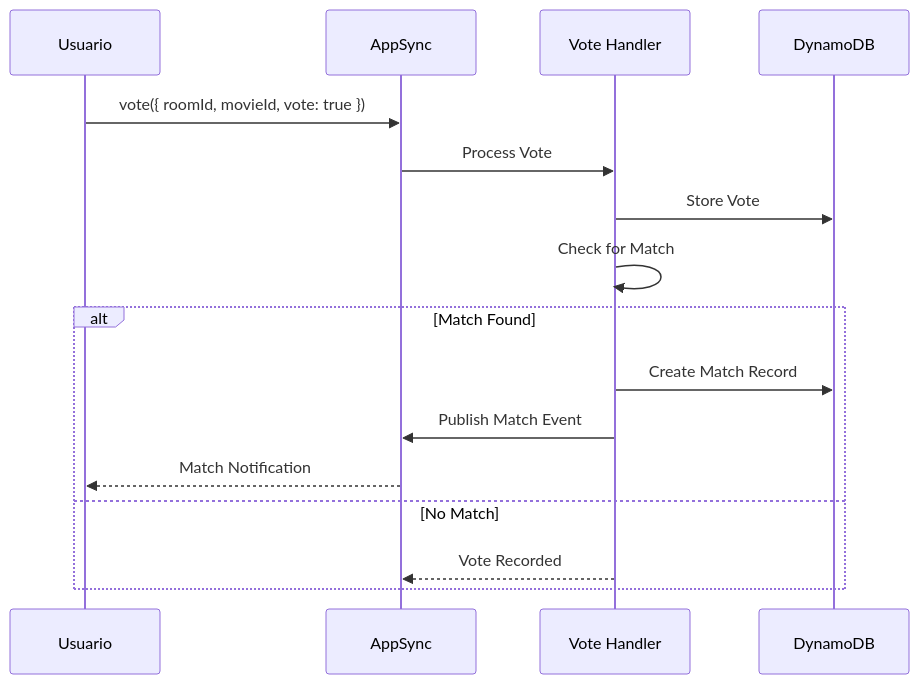
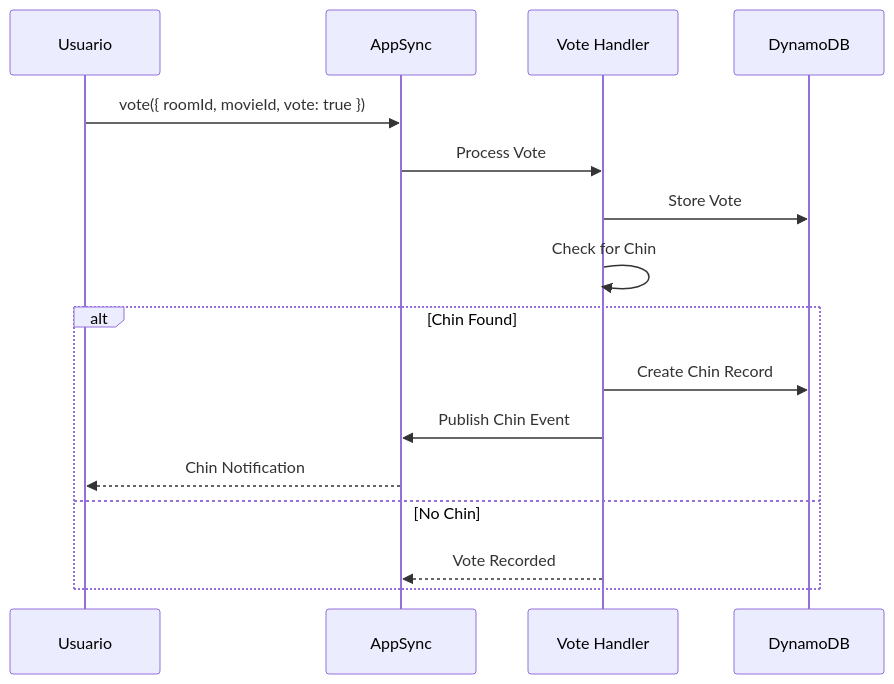
The third of 4 diagrams in docs/technical/04-lambda-functions.md (ibanezbetes/trinity-movie-voting), drawn with Mermaid before and after one commit. The commit also changed other lines of this file and 54 other files, not shown here.

````diff
--- a/docs/technical/04-lambda-functions.md
+++ b/docs/technical/04-lambda-functions.md
@@ -292,19 +292,19 @@
 ```mermaid
 sequenceDiagram
     participant U as Usuario
     participant A as AppSync
     participant V as Vote Handler
     participant D as DynamoDB
 
     U->>A: vote({ roomId, movieId, vote: true })
     A->>V: Process Vote
     V->>D: Store Vote
-    V->>V: Check for Match
-    alt Match Found
-        V->>D: Create Match Record
-        V->>A: Publish Match Event
-        A-->>U: Match Notification
-    else No Match
+    V->>V: Check for Chin
+    alt Chin Found
+        V->>D: Create Chin Record
+        V->>A: Publish Chin Event
+        A-->>U: Chin Notification
+    else No Chin
         V-->>A: Vote Recorded
     end
 ```
````
